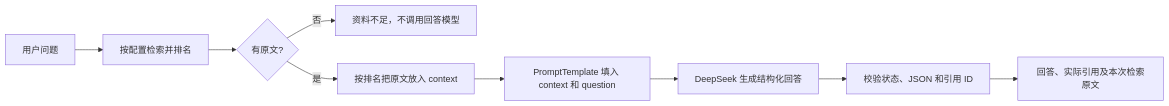
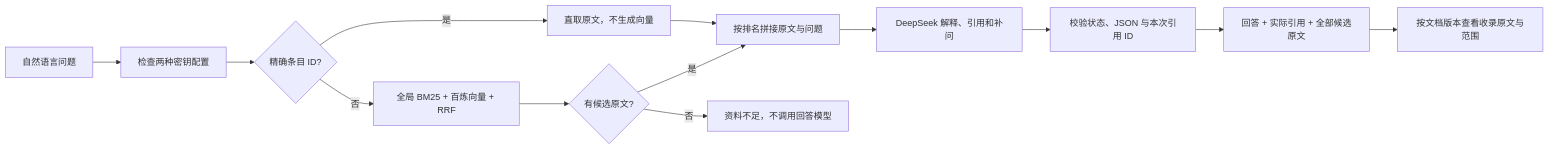
One commit to bathroomking/hubei-transport-law-assistant changed the diagram in docs/qa-chain.md. Above: the diagram before and after it, drawn with Mermaid. The commit also changed other lines of this file and 29 other files, not shown here.

````diff
--- a/docs/qa-chain.md
+++ b/docs/qa-chain.md
@@ -5,11 +5,15 @@
 ```mermaid
 flowchart LR
-  Q[用户问题] --> R[按配置检索并排名]
-  R --> H{有原文?}
+  Q[自然语言问题] --> K[检查两种密钥配置]
+  K --> X{精确条目 ID?}
+  X -- 是 --> I[直取原文，不生成向量]
+  I --> S[按排名拼接原文与问题]
+  X -- 否 --> R[全局 BM25 + 百炼向量 + RRF]
+  R --> H{有候选原文?}
   H -- 否 --> N[资料不足，不调用回答模型]
-  H -- 是 --> S[按排名把原文放入 context]
-  S --> P[PromptTemplate 填入 context 和 question]
-  P --> L[DeepSeek 生成结构化回答]
-  L --> V[校验状态、JSON 和引用 ID]
-  V --> A[回答、实际引用及本次检索原文]
+  H -- 是 --> S
+  S --> L[DeepSeek 解释、引用和补问]
+  L --> V[校验状态、JSON 与本次引用 ID]
+  V --> A[回答 + 实际引用 + 全部候选原文]
+  A --> D[按文档版本查看收录原文与范围]
 ```
````
